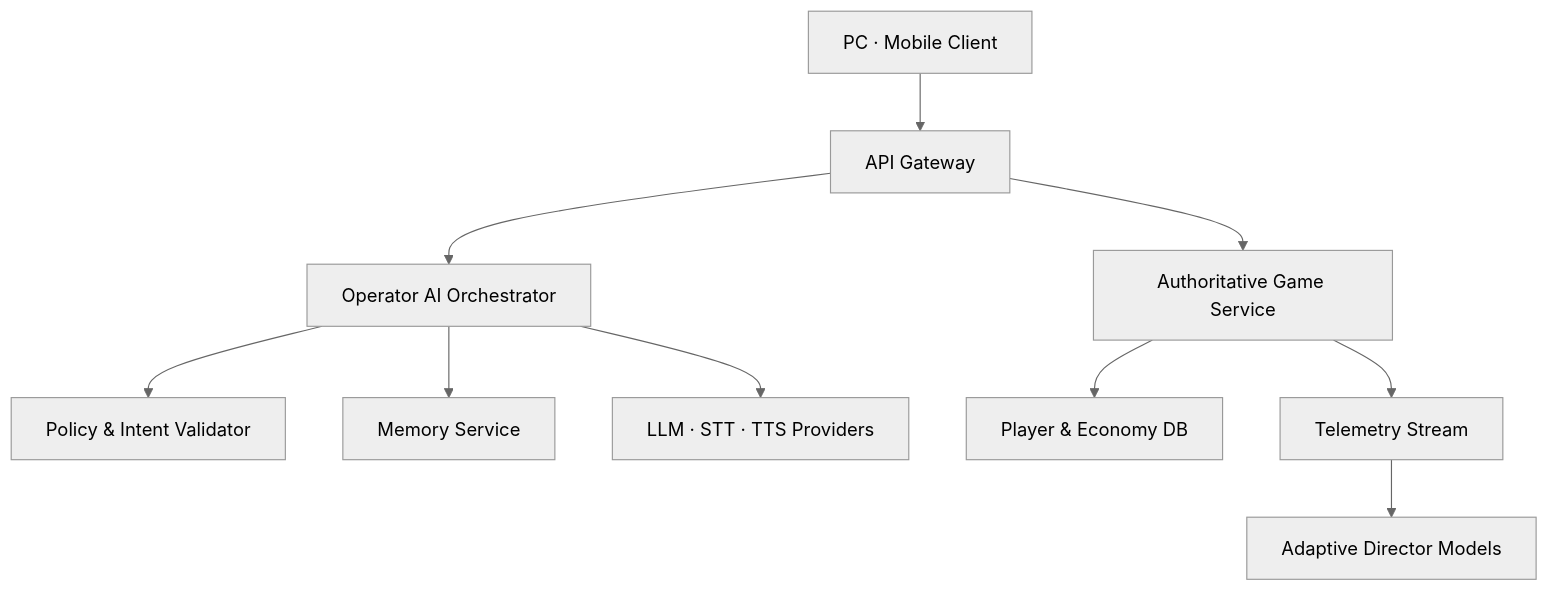
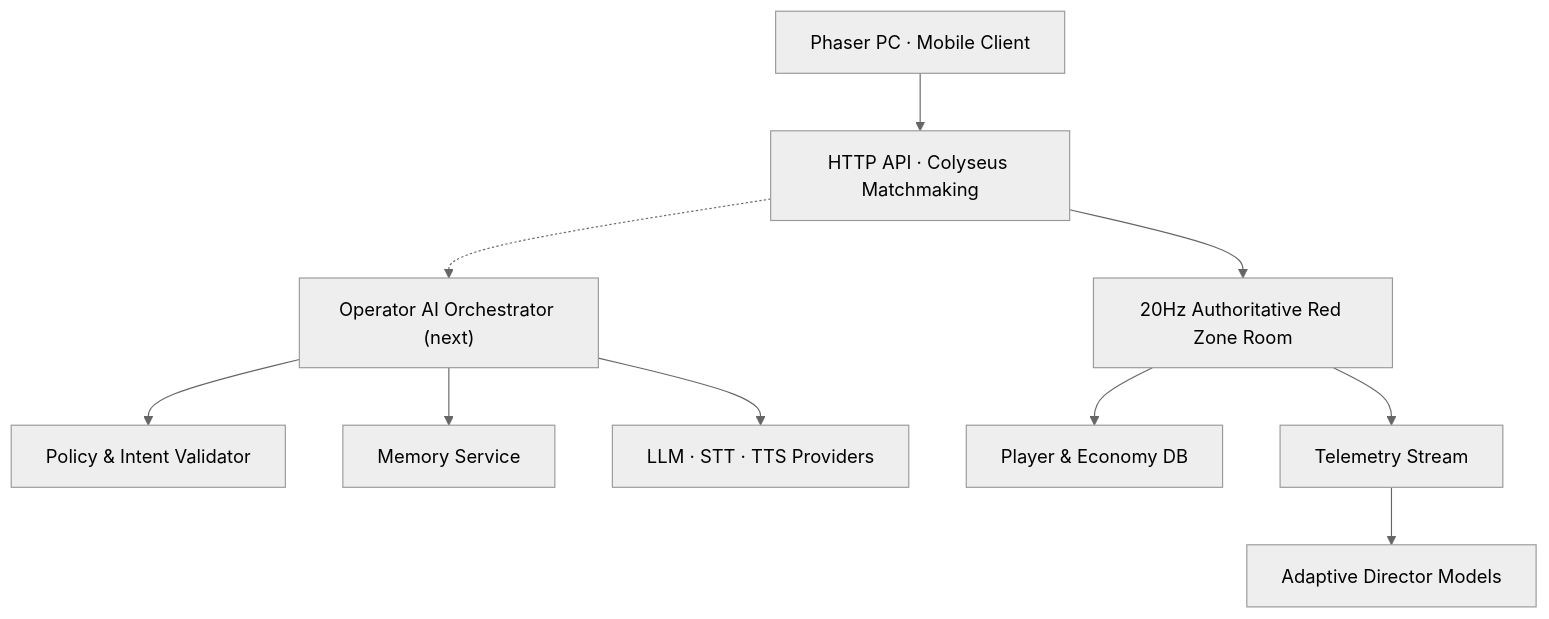
One commit to khj874869/Neural-Evolution-Operatives changed the diagram in docs/ARCHITECTURE.md. Above: the diagram before and after it, drawn with Mermaid (neutral theme). The commit also changed other lines of this file and 39 other files, not shown here.

Commit message:
Add authoritative multiplayer game server

````diff
--- a/docs/ARCHITECTURE.md
+++ b/docs/ARCHITECTURE.md
@@ -9,12 +9,12 @@
 ```mermaid
 flowchart TD
-  C["PC · Mobile Client"] --> G["API Gateway"]
-  G --> A["Authoritative Game Service"]
-  G --> O["Operator AI Orchestrator"]
+  C["Phaser PC · Mobile Client"] --> G["HTTP API · Colyseus Matchmaking"]
+  G --> A["20Hz Authoritative Red Zone Room"]
+  G -.-> O["Operator AI Orchestrator (next)"]
   O --> P["Policy & Intent Validator"]
   O --> M["Memory Service"]
   O --> L["LLM · STT · TTS Providers"]
   A --> D["Player & Economy DB"]
   A --> T["Telemetry Stream"]
   T --> R["Adaptive Director Models"]
 ```
````
